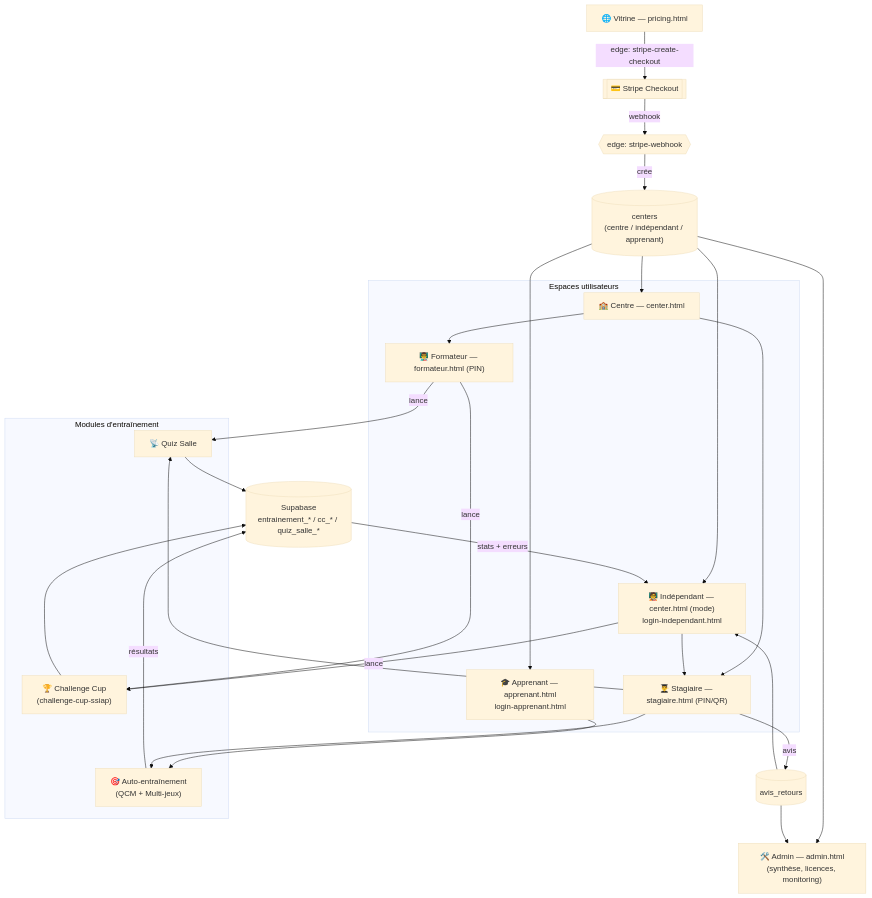
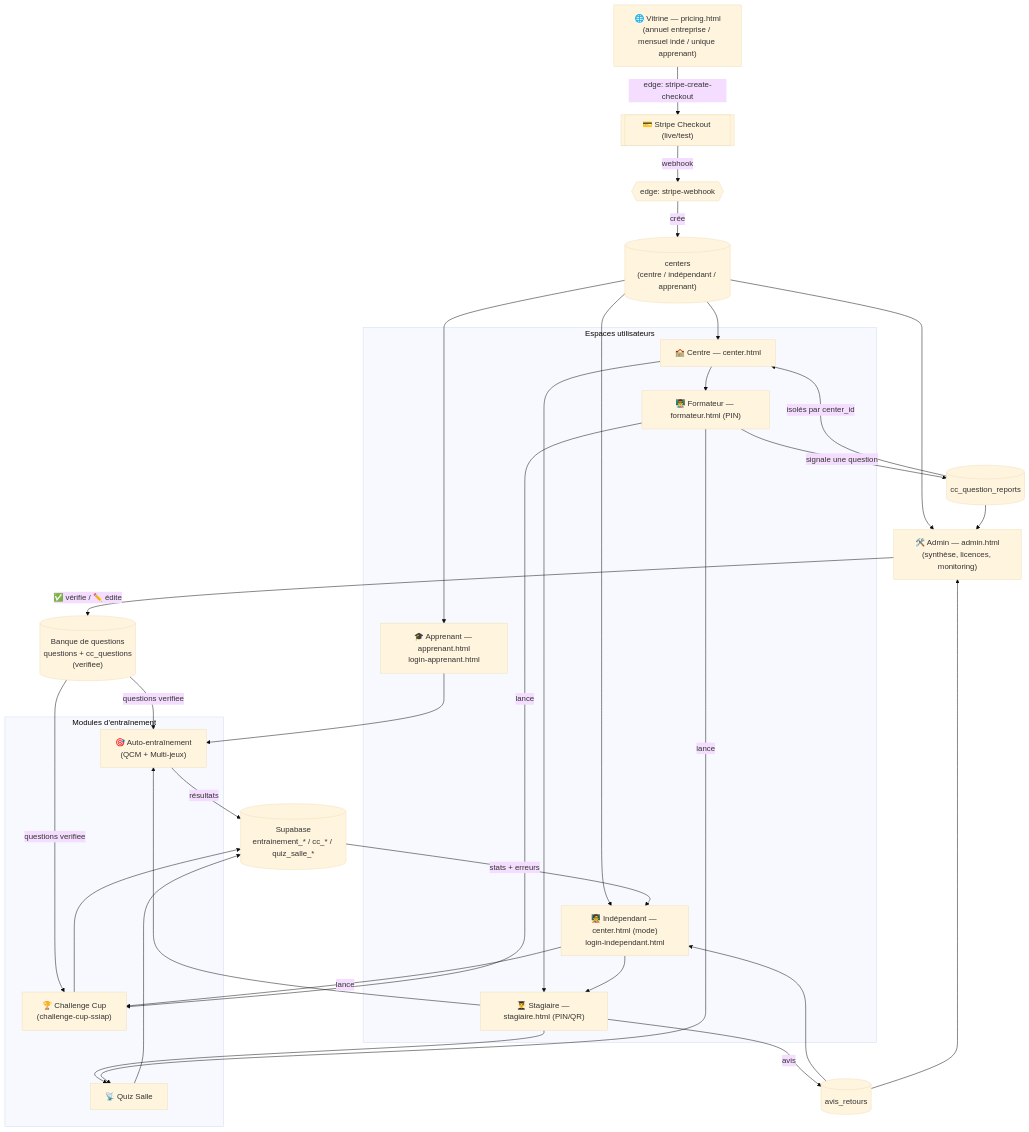
Before and after one commit to mibsoft-fr/mibsoft-platform: the second of 6 diagrams in docs/uml.md, drawn with Mermaid (base theme). The commit also changed other lines of this file and 2 other files, not shown here.

First line of the commit message:
docs(uml): mettre à jour les diagrammes après la mise en production

````diff
--- a/docs/uml.md
+++ b/docs/uml.md
@@ -161,44 +204,50 @@
 ```mermaid
 flowchart TD
-    Stripe[["💳 Stripe Checkout"]] -->|webhook| WH{{"edge: stripe-webhook"}}
+    Stripe[["💳 Stripe Checkout (live/test)"]] -->|webhook| WH{{"edge: stripe-webhook"}}
     WH -->|crée| C[("centers\n(centre / indépendant / apprenant)")]
-    Vitrine["🌐 Vitrine — pricing.html"] -->|edge: stripe-create-checkout| Stripe
+    Vitrine["🌐 Vitrine — pricing.html\n(annuel entreprise / mensuel indé / unique apprenant)"] -->|edge: stripe-create-checkout| Stripe
 
     C --> ADM["🛠️ Admin — admin.html\n(synthèse, licences, monitoring)"]
+    ADM -->|✅ vérifie / ✏️ édite| BQ[("Banque de questions\nquestions + cc_questions\n(verifiee)")]
+    BQ -->|questions verifiee| AE
+    BQ -->|questions verifiee| CC
 
     subgraph Espaces["Espaces utilisateurs"]
       CE["🏫 Centre — center.html"]
       IN["🧑‍🏫 Indépendant — center.html (mode)\nlogin-independant.html"]
       AP["🎓 Apprenant — apprenant.html\nlogin-apprenant.html"]
       FO["👨‍🏫 Formateur — formateur.html (PIN)"]
       ST["👨‍🎓 Stagiaire — stagiaire.html (PIN/QR)"]
     end
 
     C --> CE
     C --> IN
     C --> AP
     CE --> FO
     CE --> ST
     IN --> ST
 
     subgraph Modules["Modules d'entraînement"]
       AE["🎯 Auto-entraînement\n(QCM + Multi-jeux)"]
       QS["📡 Quiz Salle"]
       CC["🏆 Challenge Cup\n(challenge-cup-ssiap)"]
     end
 
     AP --> AE
     ST --> AE
     ST --> QS
     IN -->|lance| CC
     FO -->|lance| QS
     FO -->|lance| CC
 
     AE -->|résultats| DB[("Supabase\nentrainement_* / cc_* / quiz_salle_*")]
     QS --> DB
     CC --> DB
     DB -->|stats + erreurs| IN
     ST -->|avis| AV[("avis_retours")]
     AV --> IN
     AV --> ADM
+    FO -->|signale une question| RP[("cc_question_reports")]
+    RP -->|isolés par center_id| CE
+    RP --> ADM
 ```
````
